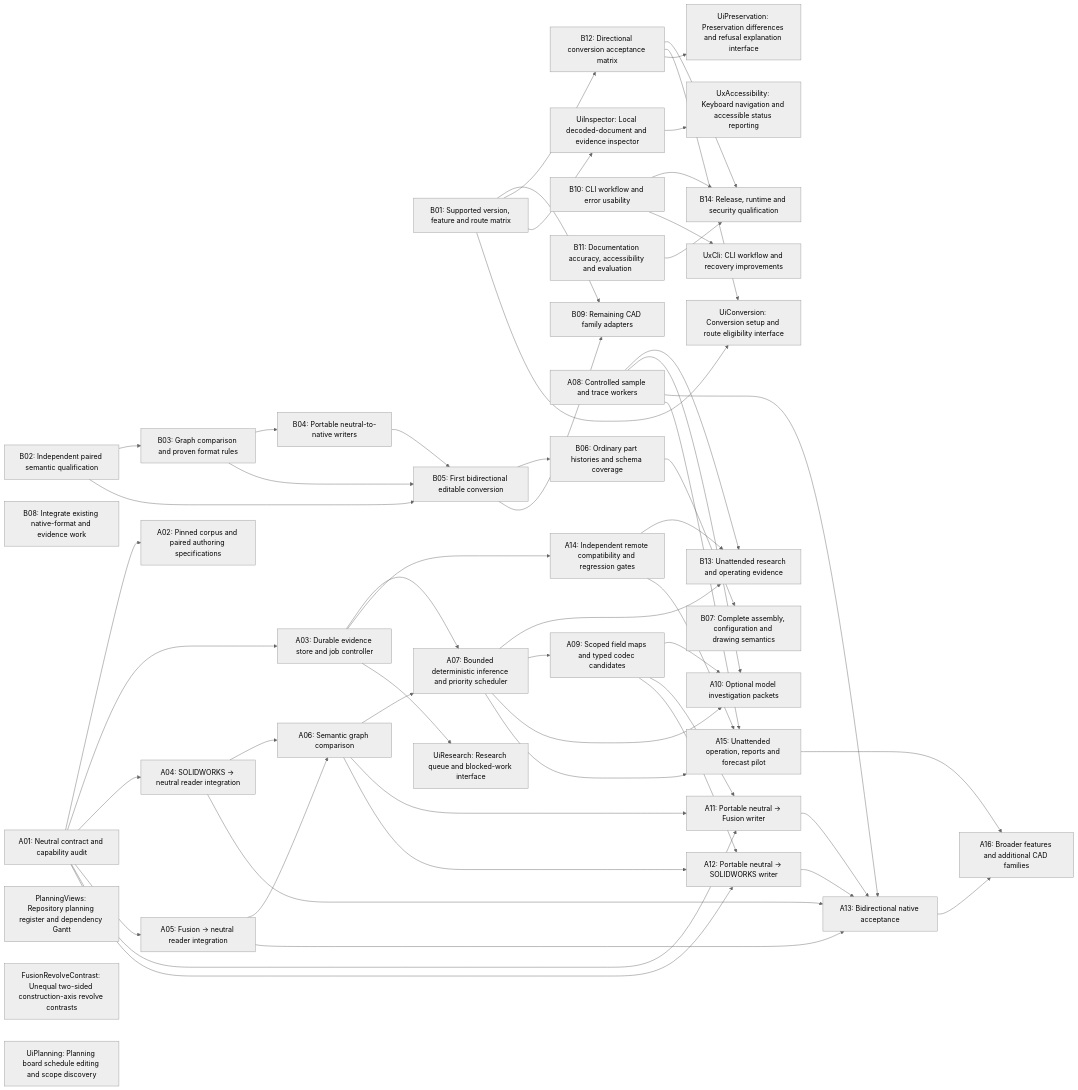
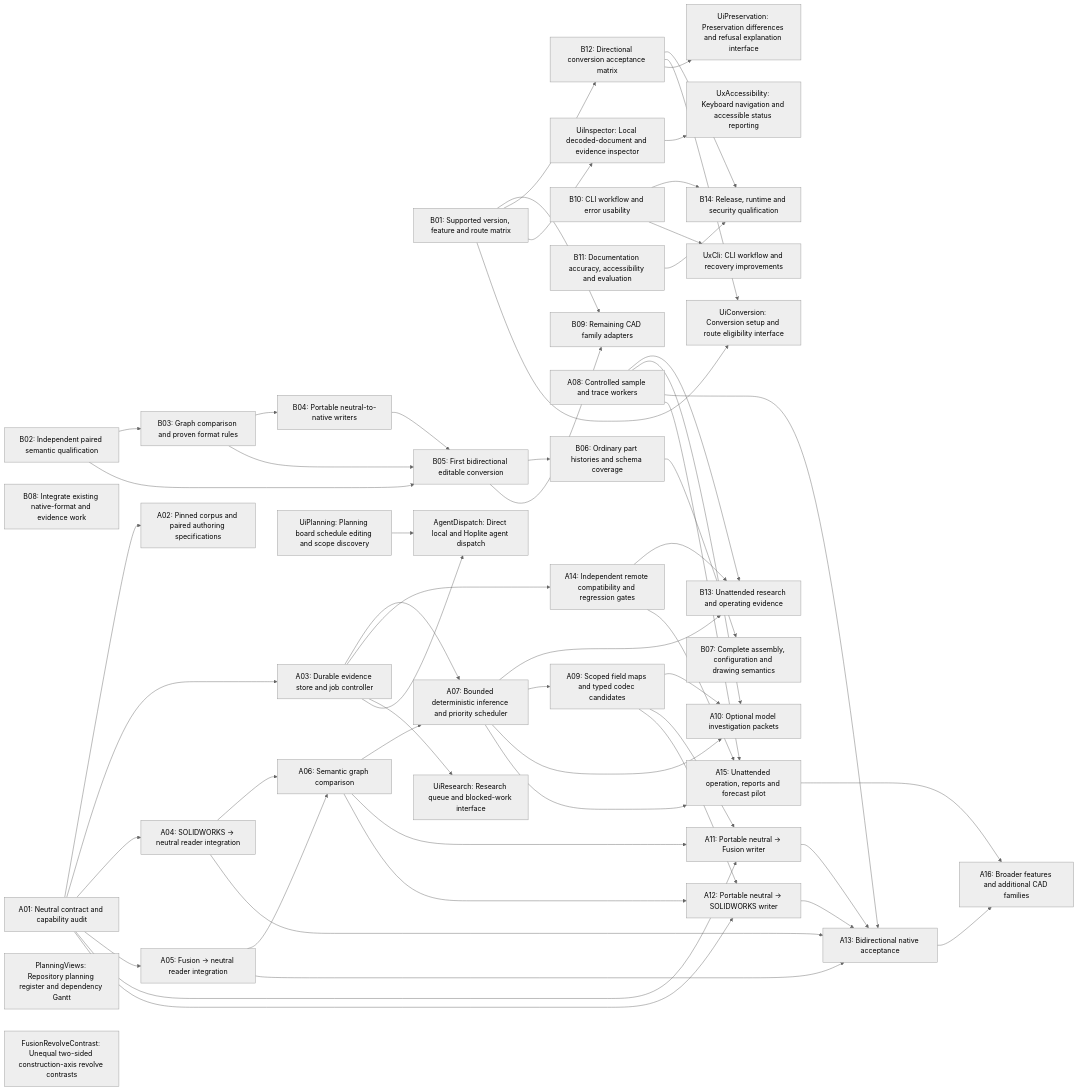
One commit to TryUniCAD/Kit changed the diagram in Documentation/Planning/Generated/Dependencies.mmd. Above: the diagram before and after it, drawn with Mermaid (neutral theme). The commit also changed 23 other files, not shown here.

```diff
--- a/Documentation/Planning/Generated/Dependencies.mmd
+++ b/Documentation/Planning/Generated/Dependencies.mmd
@@ -1,92 +1,95 @@
 flowchart LR
   B01["B01: Supported version, feature and route matrix"]
   B02["B02: Independent paired semantic qualification"]
   B03["B03: Graph comparison and proven format rules"]
   B02 --> B03
   B04["B04: Portable neutral-to-native writers"]
   B03 --> B04
   B05["B05: First bidirectional editable conversion"]
   B02 --> B05
   B03 --> B05
   B04 --> B05
   B06["B06: Ordinary part histories and schema coverage"]
   B05 --> B06
   B07["B07: Complete assembly, configuration and drawing semantics"]
   B06 --> B07
   B08["B08: Integrate existing native-format and evidence work"]
   B09["B09: Remaining CAD family adapters"]
   B01 --> B09
   B05 --> B09
   B10["B10: CLI workflow and error usability"]
   B11["B11: Documentation accuracy, accessibility and evaluation"]
   B12["B12: Directional conversion acceptance matrix"]
   B01 --> B12
   B13["B13: Unattended research and operating evidence"]
   A07 --> B13
   A08 --> B13
   A14 --> B13
   B14["B14: Release, runtime and security qualification"]
   B10 --> B14
   B11 --> B14
   B12 --> B14
   A01["A01: Neutral contract and capability audit"]
   A02["A02: Pinned corpus and paired authoring specifications"]
   A01 --> A02
   A03["A03: Durable evidence store and job controller"]
   A01 --> A03
   A04["A04: SOLIDWORKS → neutral reader integration"]
   A01 --> A04
   A05["A05: Fusion → neutral reader integration"]
   A01 --> A05
   A06["A06: Semantic graph comparison"]
   A04 --> A06
   A05 --> A06
   A07["A07: Bounded deterministic inference and priority scheduler"]
   A03 --> A07
   A06 --> A07
   A08["A08: Controlled sample and trace workers"]
   A09["A09: Scoped field maps and typed codec candidates"]
   A07 --> A09
   A10["A10: Optional model investigation packets"]
   A07 --> A10
   A08 --> A10
   A09 --> A10
   A11["A11: Portable neutral → Fusion writer"]
   A01 --> A11
   A06 --> A11
   A09 --> A11
   A12["A12: Portable neutral → SOLIDWORKS writer"]
   A01 --> A12
   A06 --> A12
   A09 --> A12
   A13["A13: Bidirectional native acceptance"]
   A04 --> A13
   A05 --> A13
   A08 --> A13
   A11 --> A13
   A12 --> A13
   A14["A14: Independent remote compatibility and regression gates"]
   A03 --> A14
   A15["A15: Unattended operation, reports and forecast pilot"]
   A07 --> A15
   A08 --> A15
   A14 --> A15
   A16["A16: Broader features and additional CAD families"]
   A13 --> A16
   A15 --> A16
   PlanningViews["PlanningViews: Repository planning register and dependency Gantt"]
   FusionRevolveContrast["FusionRevolveContrast: Unequal two-sided construction-axis revolve contrasts"]
   UiInspector["UiInspector: Local decoded-document and evidence inspector"]
   B01 --> UiInspector
   UiConversion["UiConversion: Conversion setup and route eligibility interface"]
   B01 --> UiConversion
   B12 --> UiConversion
   UiPreservation["UiPreservation: Preservation differences and refusal explanation interface"]
   B12 --> UiPreservation
   UiResearch["UiResearch: Research queue and blocked-work interface"]
   A03 --> UiResearch
   UxAccessibility["UxAccessibility: Keyboard navigation and accessible status reporting"]
   UiInspector --> UxAccessibility
   UxCli["UxCli: CLI workflow and recovery improvements"]
   B10 --> UxCli
   UiPlanning["UiPlanning: Planning board schedule editing and scope discovery"]
+  AgentDispatch["AgentDispatch: Direct local and Hoplite agent dispatch"]
+  A03 --> AgentDispatch
+  UiPlanning --> AgentDispatch
```
